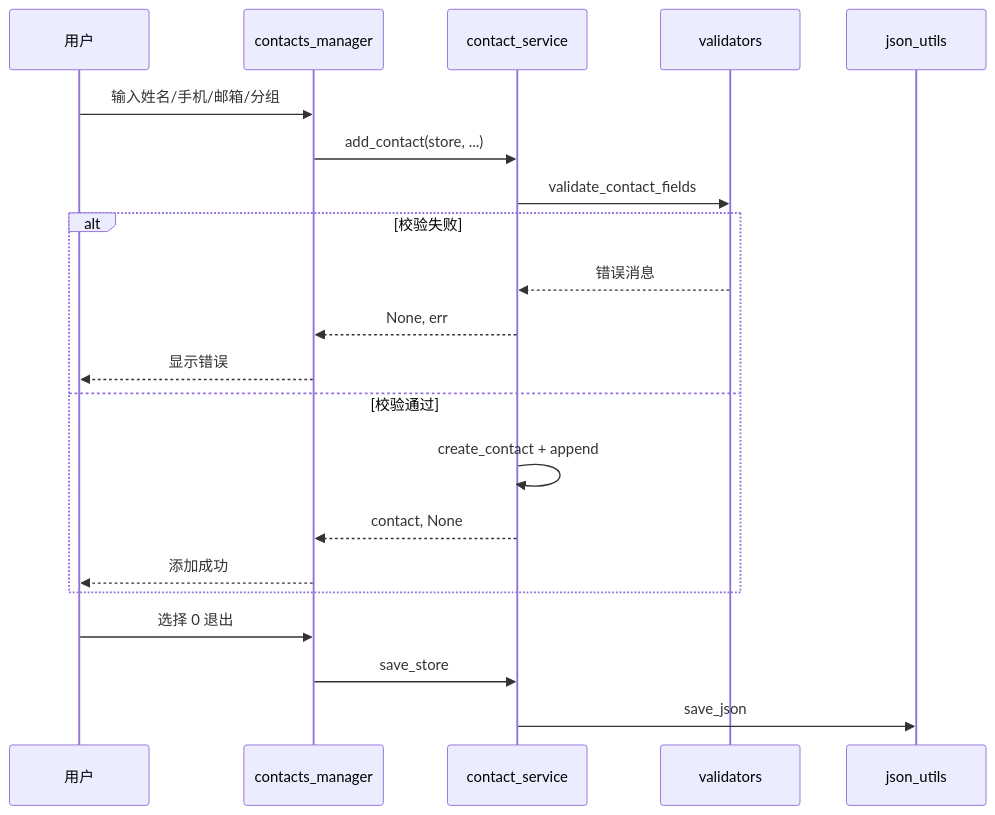
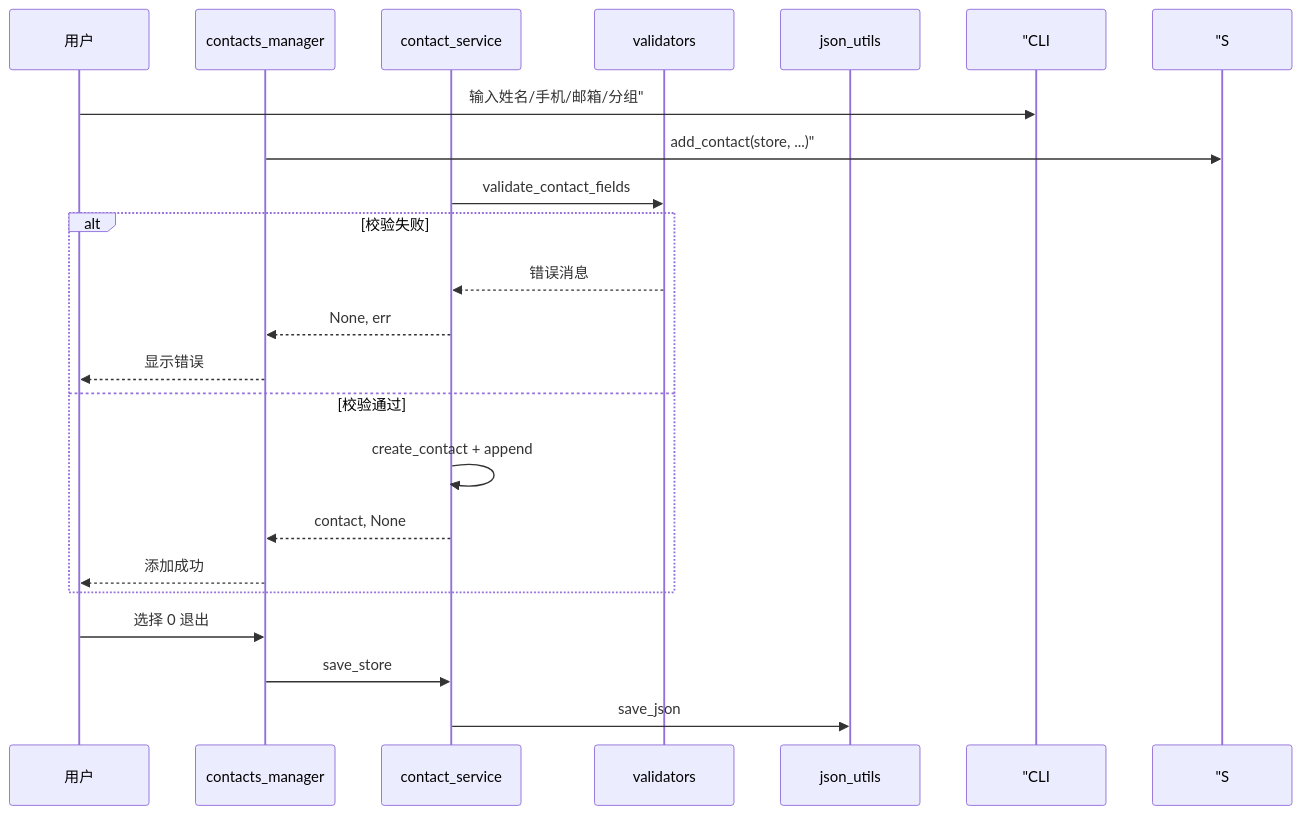
Before and after one commit to ab6539763/70_days_course_plus: the second of 3 diagrams in course/day07/04_流程图与示意图.md, drawn with Mermaid. The commit also changed 134 other files, not shown here.

````diff
--- a/course/day07/04_流程图与示意图.md
+++ b/course/day07/04_流程图与示意图.md
@@ -32,24 +32,24 @@
 ```mermaid
 sequenceDiagram
     participant U as 用户
     participant CLI as contacts_manager
     participant S as contact_service
     participant V as validators
     participant J as json_utils
 
-    U->>CLI: 输入姓名/手机/邮箱/分组
-    CLI->>S: add_contact(store, ...)
+    U->> "CLI: 输入姓名/手机/邮箱/分组"
+    CLI->> "S: add_contact(store, ...)"
     S->>V: validate_contact_fields
     alt 校验失败
         V-->>S: 错误消息
         S-->>CLI: None, err
         CLI-->>U: 显示错误
     else 校验通过
         S->>S: create_contact + append
         S-->>CLI: contact, None
         CLI-->>U: 添加成功
     end
     U->>CLI: 选择 0 退出
     CLI->>S: save_store
     S->>J: save_json
 ```
````
